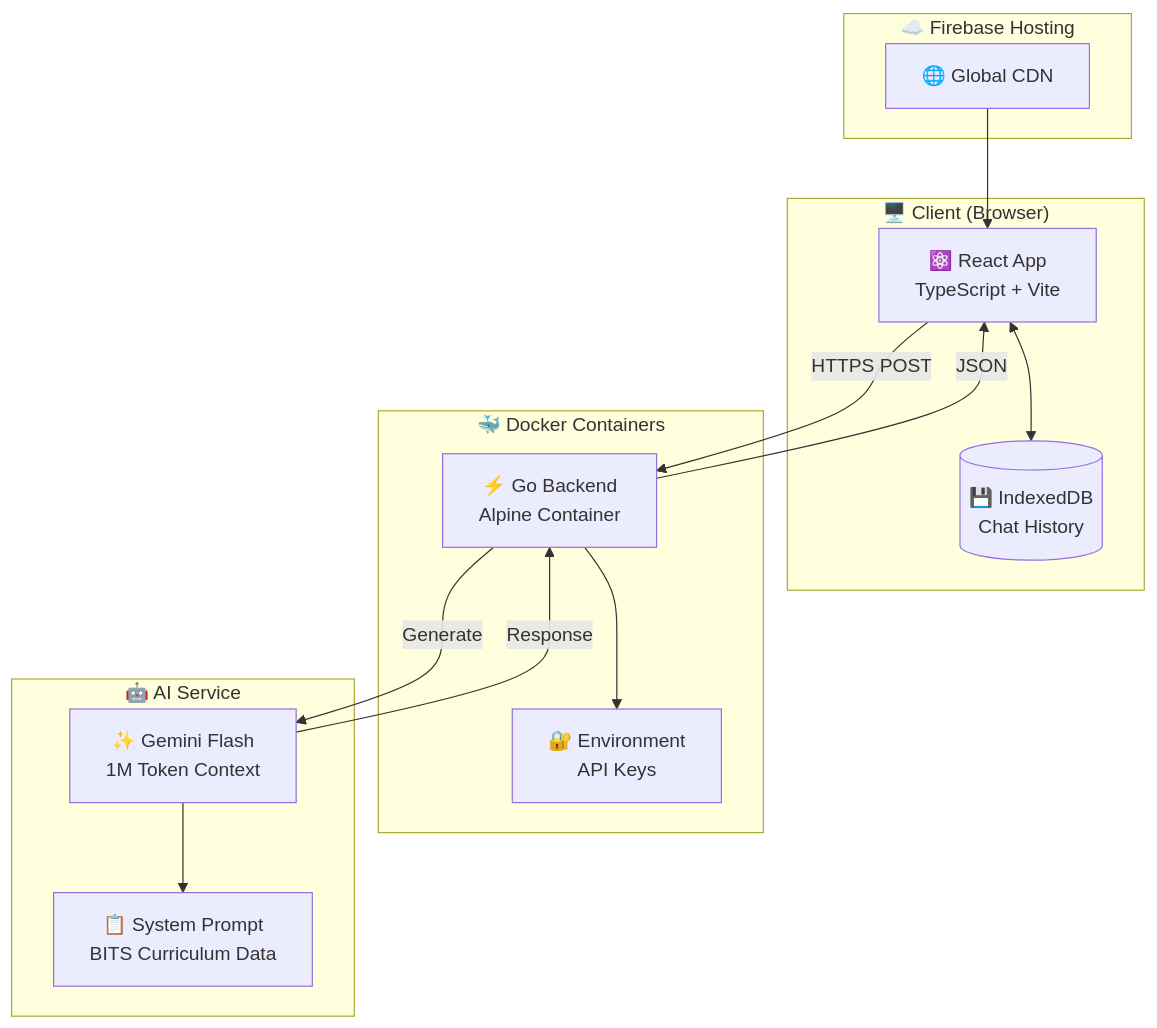
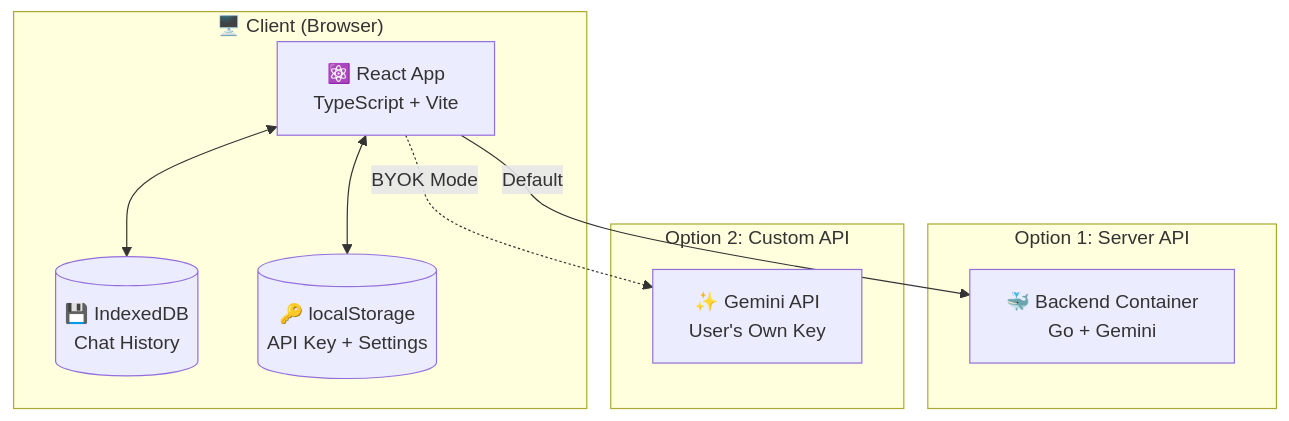
Before and after one commit to Xeze-org/Anie-Ai: the first of 4 diagrams in readme.md, drawn with Mermaid. The commit also changed other lines of this file and 2 other files, not shown here.

Commit message:
feat: Update Docker Compose to build services locally and add documentation for the new bring-your-own-API-key feature.

````diff
--- a/readme.md
+++ b/readme.md
@@ -79,30 +94,21 @@
 ```mermaid
 flowchart TB
     subgraph Client["🖥️ Client (Browser)"]
         UI["⚛️ React App<br/>TypeScript + Vite"]
         IDB[("💾 IndexedDB<br/>Chat History")]
+        LS[("🔑 localStorage<br/>API Key + Settings")]
         UI <--> IDB
+        UI <--> LS
     end
     
-    subgraph Hosting["☁️ Firebase Hosting"]
-        CDN["🌐 Global CDN"]
+    subgraph Mode1["Option 1: Server API"]
+        BE["🐳 Backend Container<br/>Go + Gemini"]
     end
     
-    subgraph Docker["🐳 Docker Containers"]
-        BE["⚡ Go Backend<br/>Alpine Container"]
-        ENV["🔐 Environment<br/>API Keys"]
-        BE --> ENV
+    subgraph Mode2["Option 2: Custom API"]
+        DirectAPI["✨ Gemini API<br/>User's Own Key"]
     end
     
-    subgraph AI["🤖 AI Service"]
-        Gemini["✨ Gemini Flash<br/>1M Token Context"]
-        SP["📋 System Prompt<br/>BITS Curriculum Data"]
-        Gemini --> SP
-    end
-    
-    CDN --> UI
-    UI -->|"HTTPS POST"| BE
-    BE -->|"Generate"| Gemini
-    Gemini -->|"Response"| BE
-    BE -->|"JSON"| UI
+    UI -->|"Default"| BE
+    UI -.->|"BYOK Mode"| DirectAPI
 ```
````
